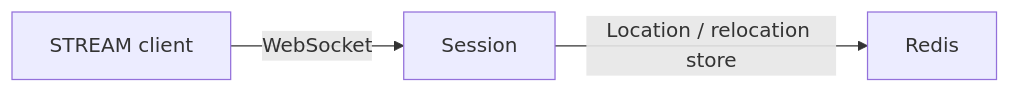
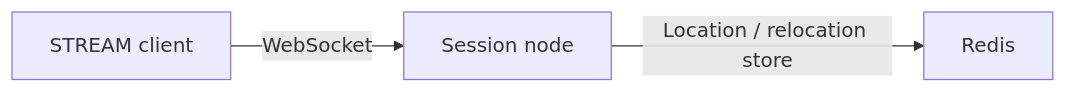
The diagram in framework/languages/cpp/templates/starter/my-game/README.md (zlink-systems/zlink), drawn with Mermaid before and after one commit. The commit also changed other lines of this file and 223 other files, not shown here.

First line of the commit message:
docs(templates): 모든 템플릿의 노드 이름을 Session node · Play node · API node로 (#5350)

````diff
--- a/framework/languages/cpp/templates/starter/my-game/README.md
+++ b/framework/languages/cpp/templates/starter/my-game/README.md
@@ -5,5 +5,5 @@
 ```mermaid
 flowchart LR
-    Client["STREAM client"] -->|WebSocket| Session
+    Client["STREAM client"] -->|WebSocket| Session["Session node"]
     Session -->|Location / relocation store| Redis
 ```
````
